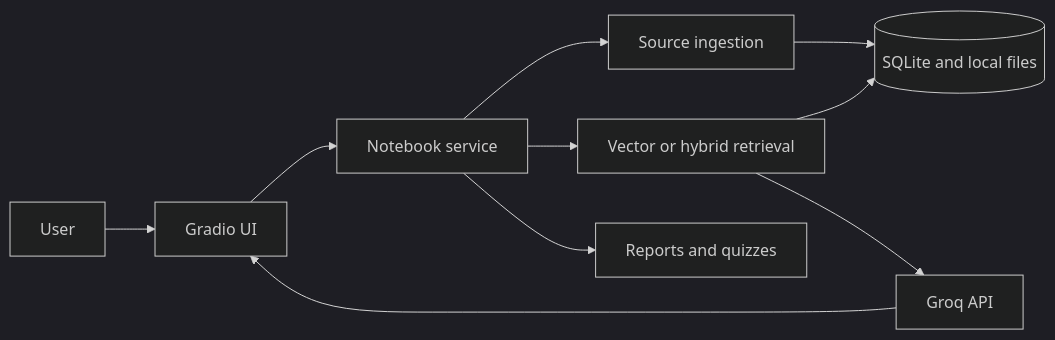
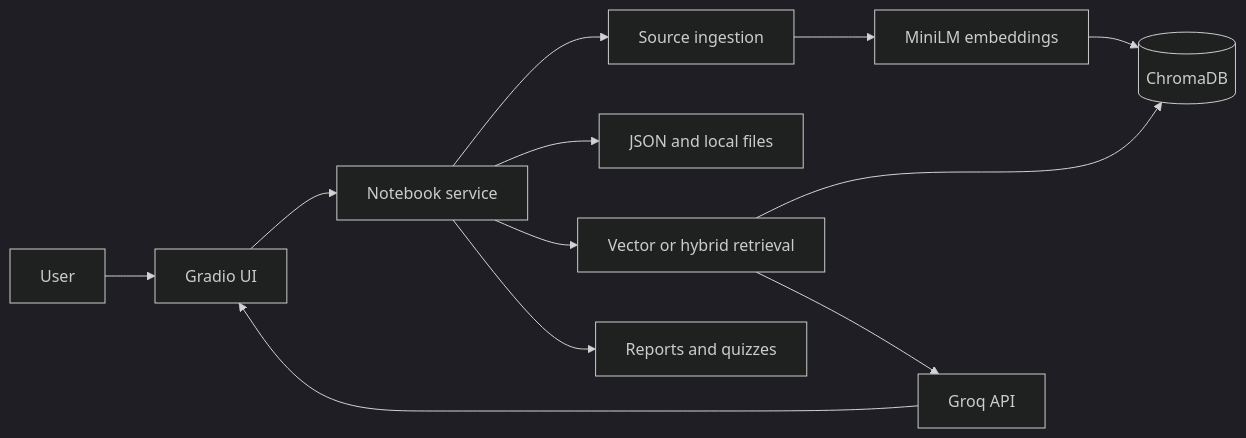
The diagram in ARCHITECTURE.md (PrachiPatel556/ITCS_5010_NotebookLM), drawn with Mermaid (dark theme) before and after one commit. The commit also changed other lines of this file and 16 other files, not shown here.

````diff
--- a/ARCHITECTURE.md
+++ b/ARCHITECTURE.md
@@ -5,12 +5,14 @@
 ```mermaid
 flowchart LR
     User[User] --> UI[Gradio UI]
     UI --> Service[Notebook service]
     Service --> Ingest[Source ingestion]
-    Ingest --> Store[(SQLite and local files)]
+    Ingest --> Embed[MiniLM embeddings]
+    Embed --> Chroma[(ChromaDB)]
+    Service --> Files[JSON and local files]
     Service --> Search[Vector or hybrid retrieval]
-    Search --> Store
+    Search --> Chroma
     Search --> Groq[Groq API]
     Groq --> UI
     Service --> Artifacts[Reports and quizzes]
 ```
````
